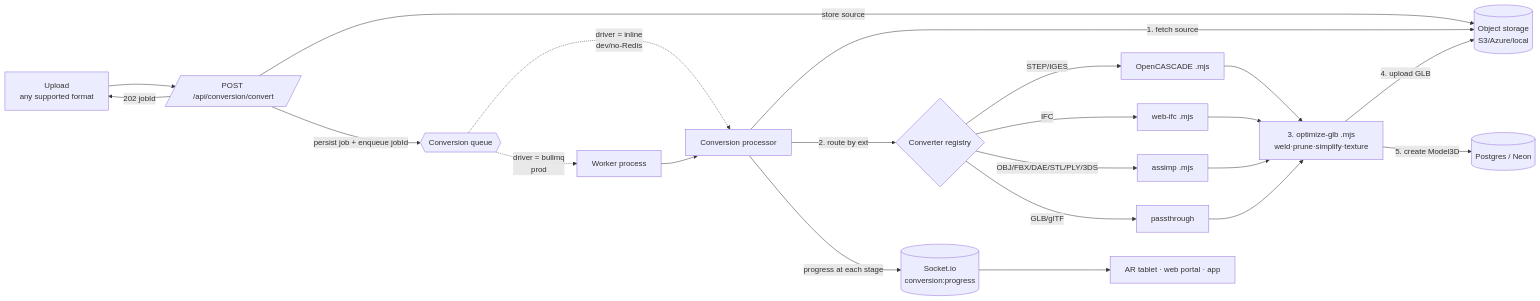
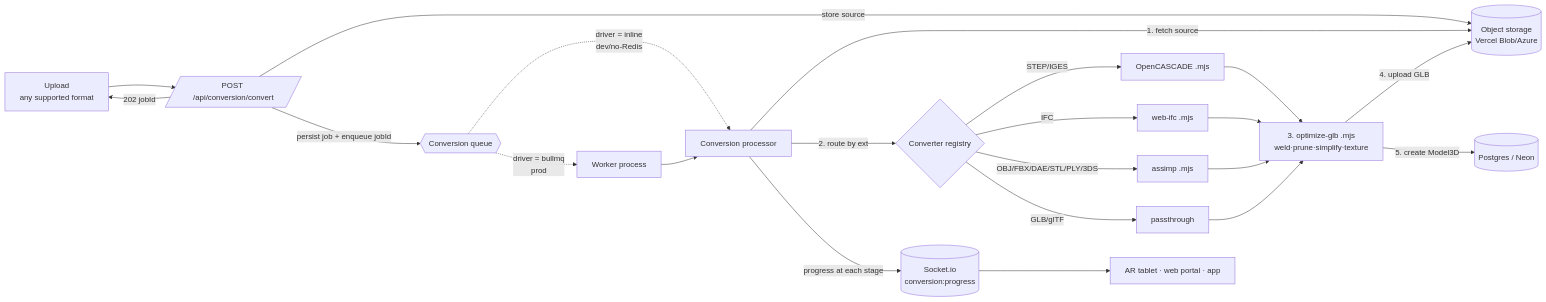
The diagram in docs/CONVERSION_PIPELINE.md (akash-mule-dev/pcs-platform), drawn with Mermaid before and after one commit. The commit also changed other lines of this file and 51 other files, not shown here.

````diff
--- a/docs/CONVERSION_PIPELINE.md
+++ b/docs/CONVERSION_PIPELINE.md
@@ -85,23 +85,23 @@
 ```mermaid
 flowchart LR
     U[Upload<br/>any supported format] --> API[/POST /api/conversion/convert/]
-    API -->|store source| S[(Object storage<br/>S3/Azure/local)]
+    API -->|store source| S[(Object storage<br/>Vercel Blob/Azure)]
     API -->|persist job + enqueue jobId| Q{{Conversion queue}}
     API -->|202 jobId| U
 
     Q -.->|driver = inline<br/>dev/no-Redis| P[Conversion processor]
     Q -.->|driver = bullmq<br/>prod| W[Worker process]
     W --> P
 
     P -->|1. fetch source| S
     P -->|2. route by ext| C{Converter registry}
     C -->|STEP/IGES| OCC[OpenCASCADE .mjs]
     C -->|IFC| IFC[web-ifc .mjs]
     C -->|OBJ/FBX/DAE/STL/PLY/3DS| ASS[assimp .mjs]
     C -->|GLB/glTF| PASS[passthrough]
     OCC & IFC & ASS & PASS --> OPT[3. optimize-glb .mjs<br/>weld·prune·simplify·texture]
     OPT -->|4. upload GLB| S
     OPT -->|5. create Model3D| DB[(Postgres / Neon)]
     P -->|progress at each stage| WS[(Socket.io<br/>conversion:progress)]
     WS --> Clients[AR tablet · web portal · app]
 ```
````
